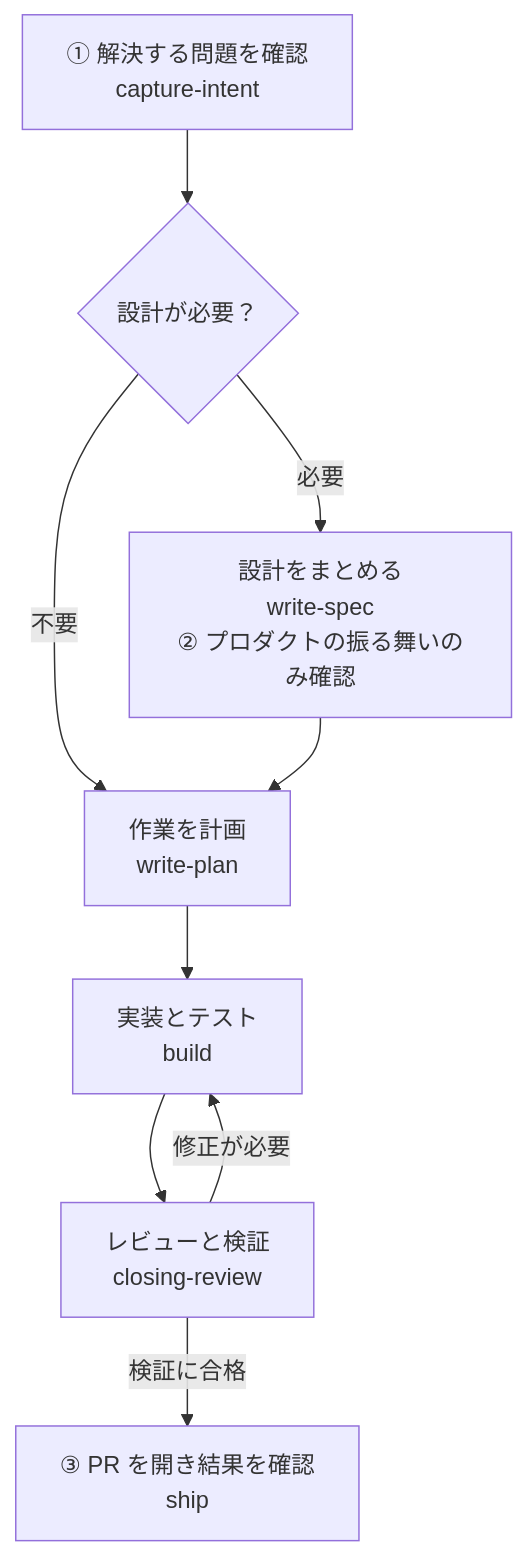
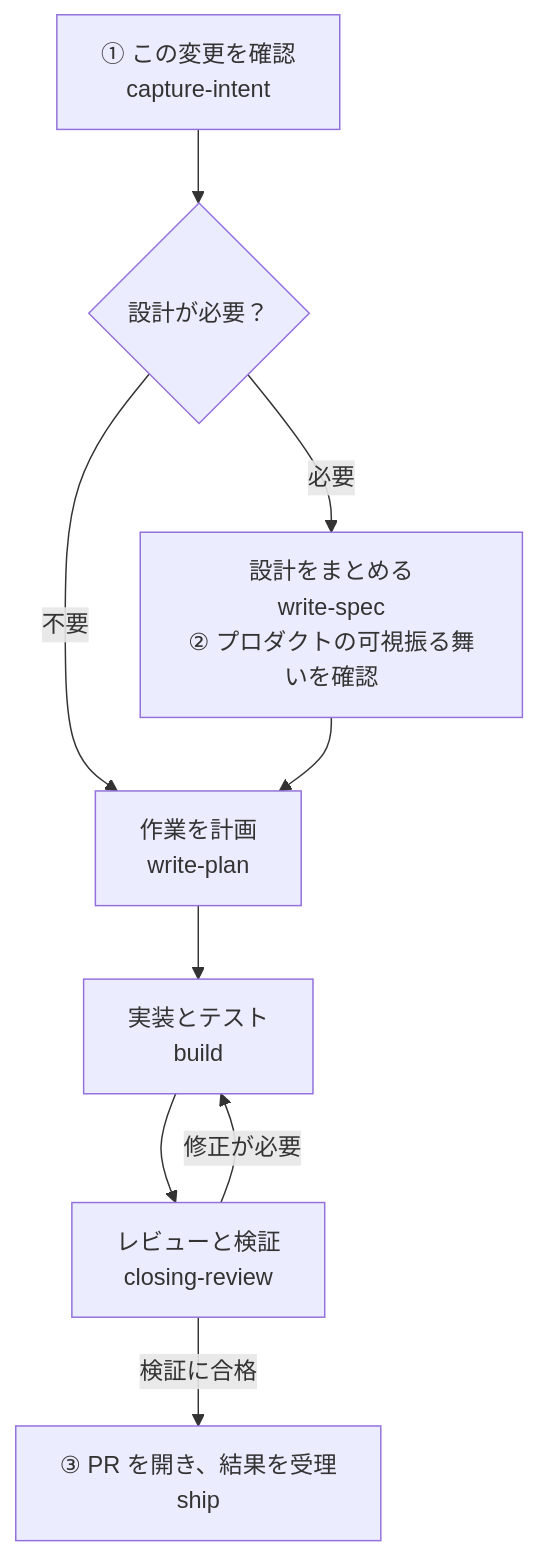
One commit to kouko/loom-plugins changed the diagram in loom-code/README.ja.md. Above: the diagram before and after it, drawn with Mermaid. The commit also changed other lines of this file and 23 other files, not shown here.

````diff
--- a/loom-code/README.ja.md
+++ b/loom-code/README.ja.md
@@ -23,19 +23,19 @@
 ```mermaid
 flowchart TD
-    intent["① 解決する問題を確認<br/>capture-intent"]
+    intent["① この変更を確認<br/>capture-intent"]
     design{"設計が必要？"}
-    spec["設計をまとめる<br/>write-spec<br/>② プロダクトの振る舞いのみ確認"]
+    spec["設計をまとめる<br/>write-spec<br/>② プロダクトの可視振る舞いを確認"]
     plan["作業を計画<br/>write-plan"]
     build["実装とテスト<br/>build"]
     review["レビューと検証<br/>closing-review"]
-    ship["③ PR を開き結果を確認<br/>ship"]
+    ship["③ PR を開き、結果を受理<br/>ship"]
 
     intent --> design
     design -->|"必要"| spec
     design -->|"不要"| plan
     spec --> plan
     plan --> build
     build --> review
     review -->|"修正が必要"| build
     review -->|"検証に合格"| ship
 ```
````
